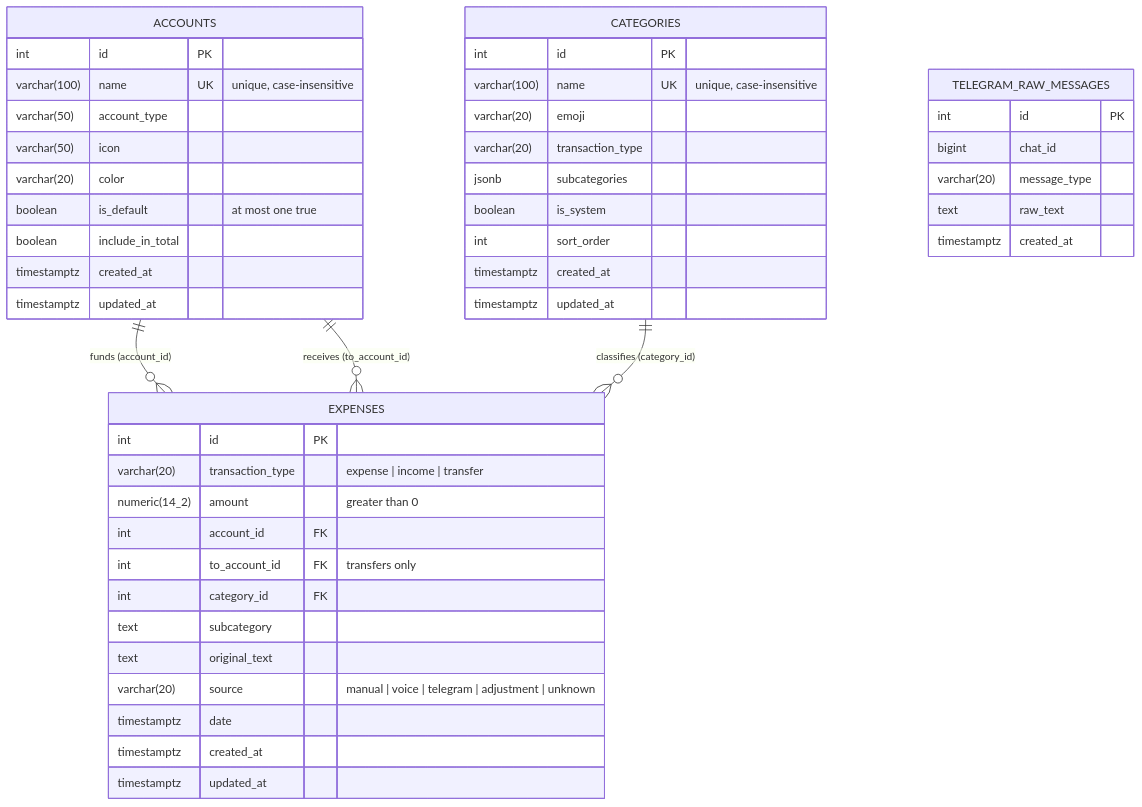
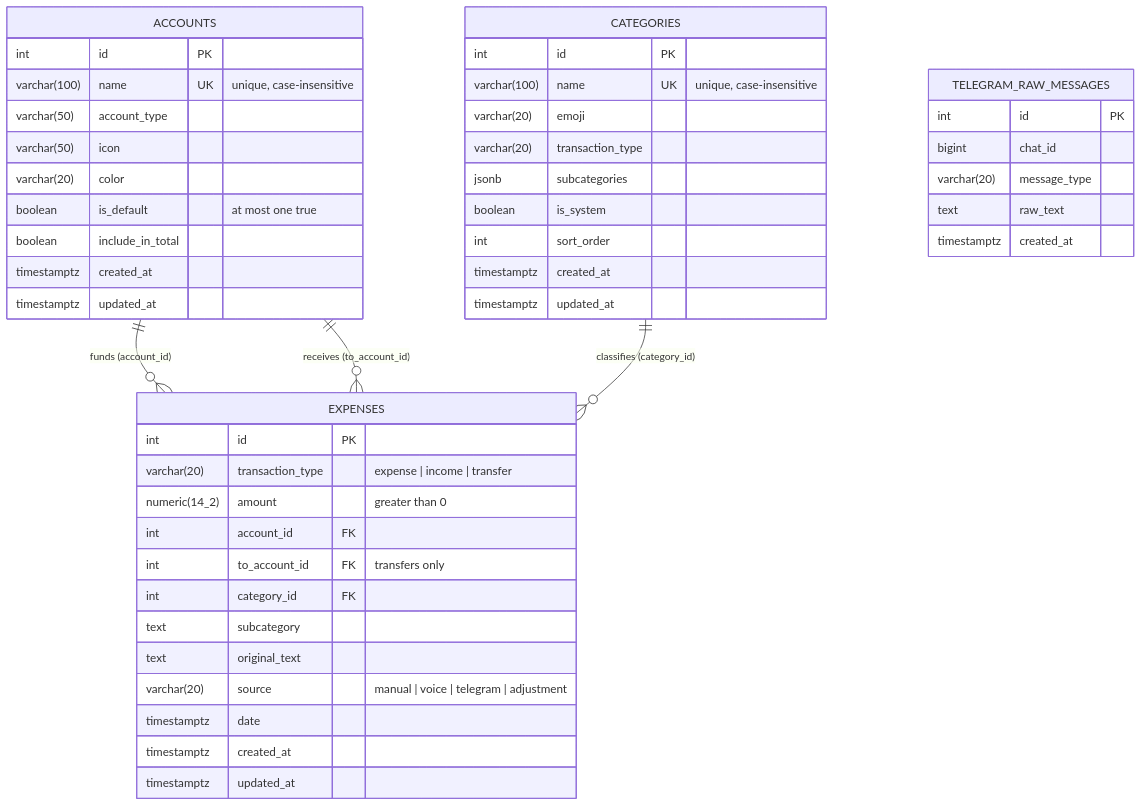
Before and after one commit to sabari-n/sense-ledger-multimodal-expense-tracker: the fourth of 4 diagrams in ARCHITECTURE.md, drawn with Mermaid. The commit also changed 9 other files, not shown here.

````diff
--- a/ARCHITECTURE.md
+++ b/ARCHITECTURE.md
@@ -242,53 +242,53 @@
 ```mermaid
 erDiagram
     ACCOUNTS ||--o{ EXPENSES : "funds (account_id)"
     ACCOUNTS ||--o{ EXPENSES : "receives (to_account_id)"
     CATEGORIES ||--o{ EXPENSES : "classifies (category_id)"
 
     ACCOUNTS {
         int id PK
         varchar(100) name UK "unique, case-insensitive"
         varchar(50) account_type
         varchar(50) icon
         varchar(20) color
         boolean is_default "at most one true"
         boolean include_in_total
         timestamptz created_at
         timestamptz updated_at
     }
 
     EXPENSES {
         int id PK
         varchar(20) transaction_type "expense | income | transfer"
         numeric(14_2) amount "greater than 0"
         int account_id FK
         int to_account_id FK "transfers only"
         int category_id FK
         text subcategory
         text original_text
-        varchar(20) source "manual | voice | telegram | adjustment | unknown"
+        varchar(20) source "manual | voice | telegram | adjustment"
         timestamptz date
         timestamptz created_at
         timestamptz updated_at
     }
 
     CATEGORIES {
         int id PK
         varchar(100) name UK "unique, case-insensitive"
         varchar(20) emoji
         varchar(20) transaction_type
         jsonb subcategories
         boolean is_system
         int sort_order
         timestamptz created_at
         timestamptz updated_at
     }
 
     TELEGRAM_RAW_MESSAGES {
         int id PK
         bigint chat_id
         varchar(20) message_type
         text raw_text
         timestamptz created_at
     }
 ```
````
